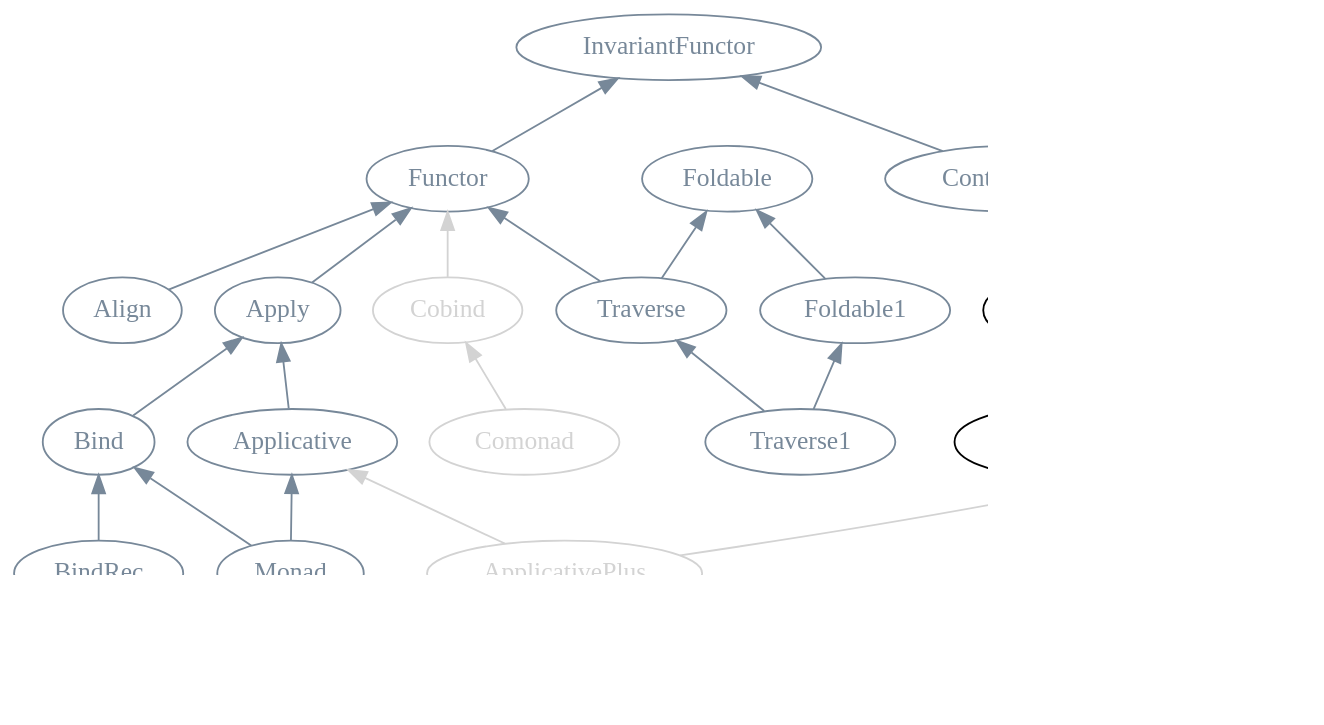
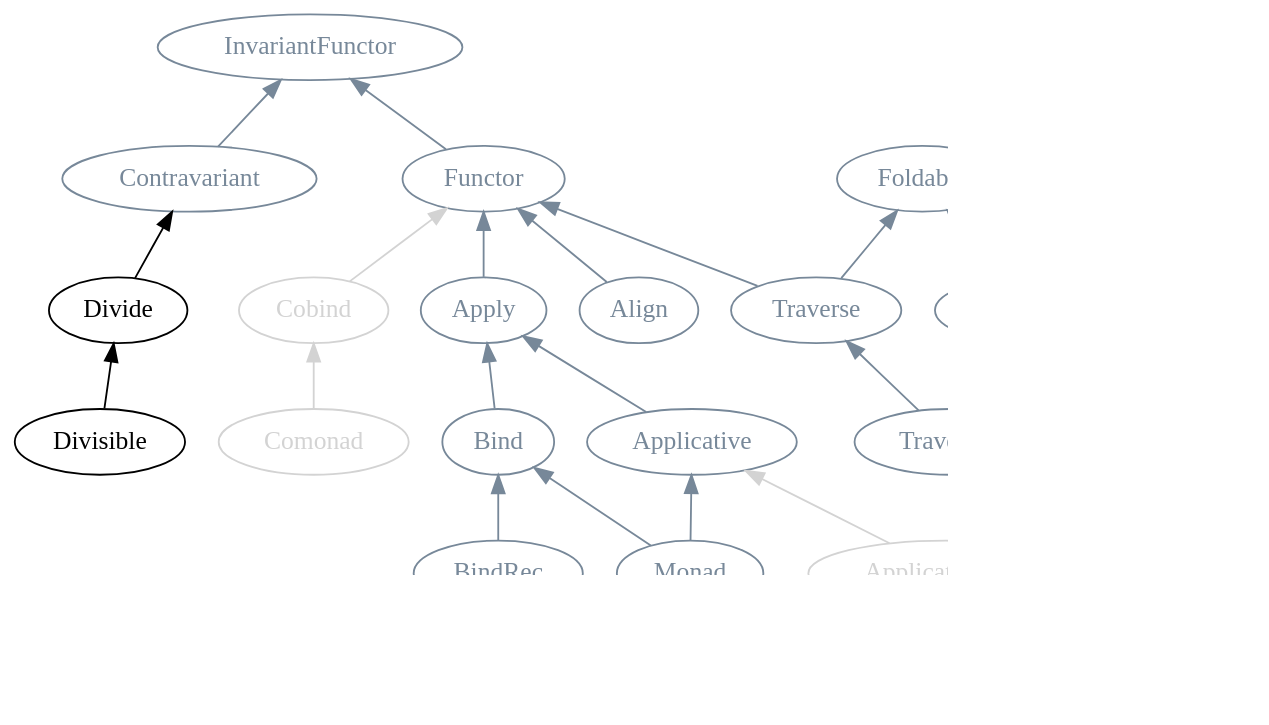
One commit to fommil/fpmortals changed diagram 11 of 17 in manuscript/book.org. Above: the diagram before and after it, drawn with Graphviz. The commit also changed other lines of this file and 10 other files, not shown here.

```diff
--- a/manuscript/book.org
+++ b/manuscript/book.org
@@ -4958,68 +4984,68 @@
 #+BEGIN_SRC dot :file images/scalaz-divide.png :exports results
 digraph G {
     graph [dpi=100, rankdir=BT];
     node [fontname=Hack];
     node [fontcolor=lightgray,color=lightgray];
     edge [color=lightgray]
 
+    Cobind;
+    Comonad;
     Bind [fontcolor=lightslategray,color=lightslategray];
     Apply [fontcolor=lightslategray,color=lightslategray];
     BindRec [fontcolor=lightslategray,color=lightslategray];
     Contravariant [fontcolor=lightslategray,color=lightslategray];
     Functor [fontcolor=lightslategray,color=lightslategray];
     InvariantFunctor [fontcolor=lightslategray,color=lightslategray];
     Functor;
     Divide [fontcolor=black,color=black];
     Divisible [fontcolor=black,color=black];
     Apply;
+    Align [fontcolor=lightslategray,color=lightslategray];
     Applicative [fontcolor=lightslategray,color=lightslategray];
     Foldable1 [fontcolor=lightslategray,color=lightslategray];
     Foldable [fontcolor=lightslategray,color=lightslategray];
     Traverse [fontcolor=lightslategray,color=lightslategray];
     Traverse1 [fontcolor=lightslategray,color=lightslategray];
     Monad [fontcolor=lightslategray,color=lightslategray];
     "Advanced Monads" [style=dashed];
-    Cobind;
-    Comonad;
     Plus;
     PlusEmpty;
     IsEmpty;
     ApplicativePlus;
     MonadPlus;
-    Align [fontcolor=lightslategray,color=lightslategray];
 
     Bind -> Apply [color=lightslategray];
     BindRec -> Bind [color=lightslategray];
 
     Contravariant -> InvariantFunctor [color=lightslategray];
     Functor -> InvariantFunctor [color=lightslategray];
 
     Divide -> Contravariant [color=black];
     Divisible -> Divide [color=black];
     Apply -> Functor [color=lightslategray];
     Applicative -> Apply [color=lightslategray];
 
     Foldable1 -> Foldable [color=lightslategray];
     Traverse -> Functor [color=lightslategray];
     Traverse -> Foldable [color=lightslategray];
     Traverse1 -> Traverse [color=lightslategray];
     Traverse1 -> Foldable1 [color=lightslategray];
 
     Monad -> Applicative [color=lightslategray];
     "Advanced Monads" -> Monad;
     Monad -> Bind [color=lightslategray];
  
     Cobind -> Functor;
     Comonad -> Cobind;
 
     PlusEmpty -> Plus;
     IsEmpty -> PlusEmpty;
 
     ApplicativePlus -> Applicative;
     ApplicativePlus -> PlusEmpty;
     MonadPlus -> ApplicativePlus;
     MonadPlus -> Monad;
 
     Align -> Functor [color=lightslategray];
 }
 #+END_SRC
```
